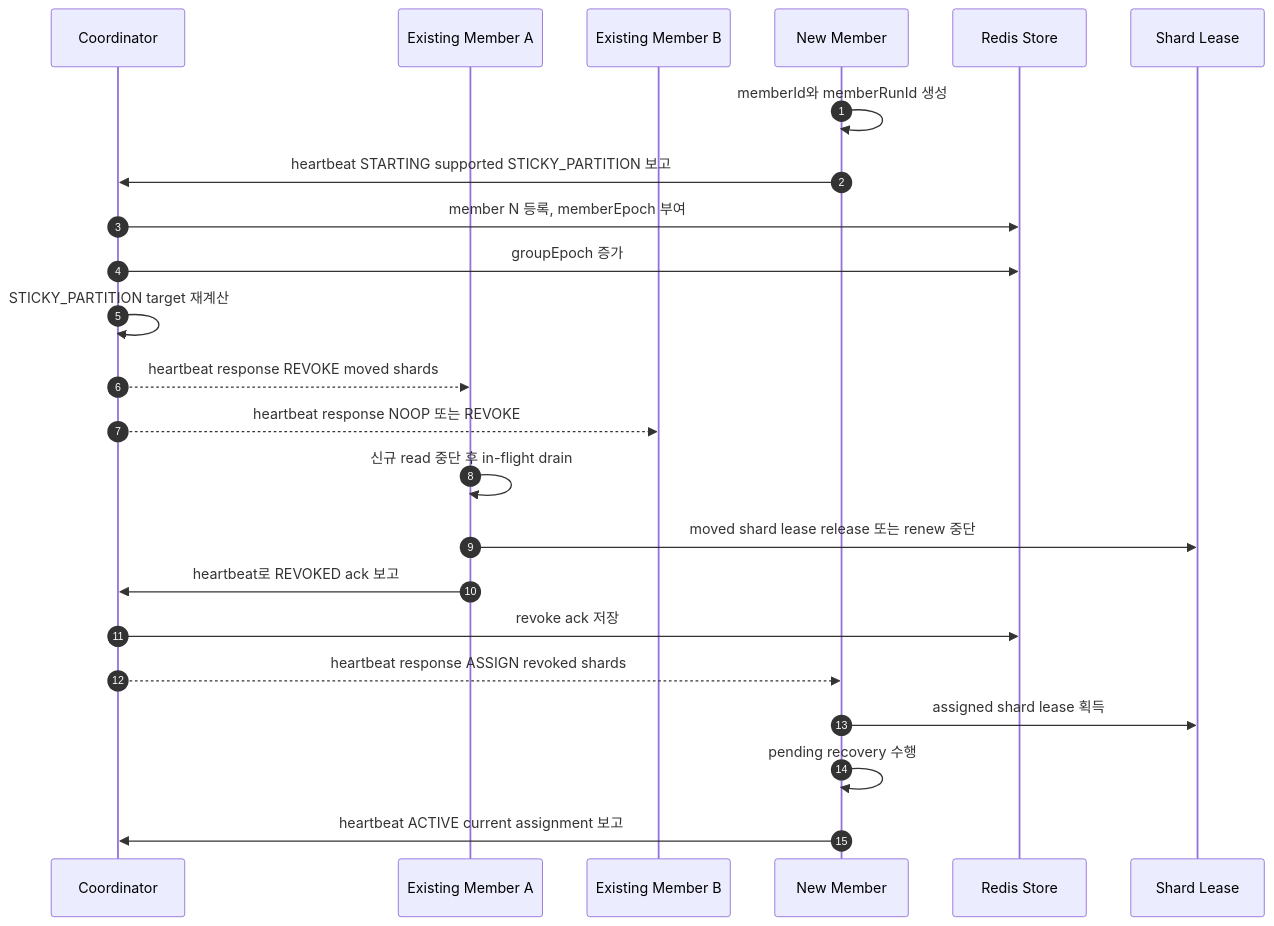
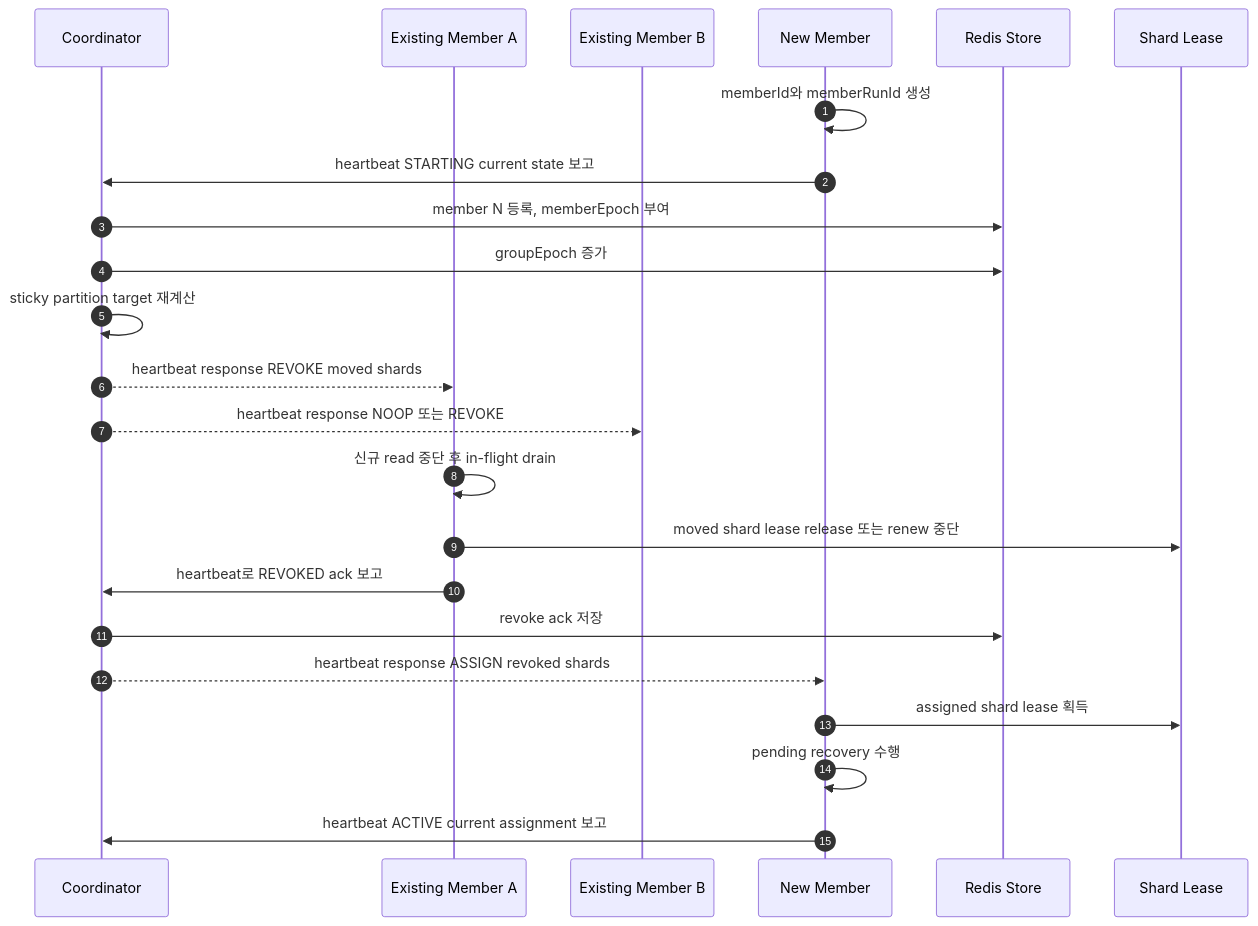
One commit to ghkdqhrbals/personal-module changed the second of 5 diagrams in redis-stream-coordinator/prd/02-coordinator-architecture.md. Above: the diagram before and after it, drawn with Mermaid. The commit also changed other lines of this file and 6 other files, not shown here.

````diff
--- a/redis-stream-coordinator/prd/02-coordinator-architecture.md
+++ b/redis-stream-coordinator/prd/02-coordinator-architecture.md
@@ -266,26 +257,26 @@
 ```mermaid
 sequenceDiagram
     autonumber
     participant C as Coordinator
     participant A as Existing Member A
     participant B as Existing Member B
     participant N as New Member
     participant Store as Redis Store
     participant Lease as Shard Lease
 
     N->>N: memberId와 memberRunId 생성
-    N->>C: heartbeat STARTING supported STICKY_PARTITION 보고
+    N->>C: heartbeat STARTING current state 보고
     C->>Store: member N 등록, memberEpoch 부여
     C->>Store: groupEpoch 증가
-    C->>C: STICKY_PARTITION target 재계산
+    C->>C: sticky partition target 재계산
     C-->>A: heartbeat response REVOKE moved shards
     C-->>B: heartbeat response NOOP 또는 REVOKE
     A->>A: 신규 read 중단 후 in-flight drain
     A->>Lease: moved shard lease release 또는 renew 중단
     A->>C: heartbeat로 REVOKED ack 보고
     C->>Store: revoke ack 저장
     C-->>N: heartbeat response ASSIGN revoked shards
     N->>Lease: assigned shard lease 획득
     N->>N: pending recovery 수행
     N->>C: heartbeat ACTIVE current assignment 보고
 ```
````
